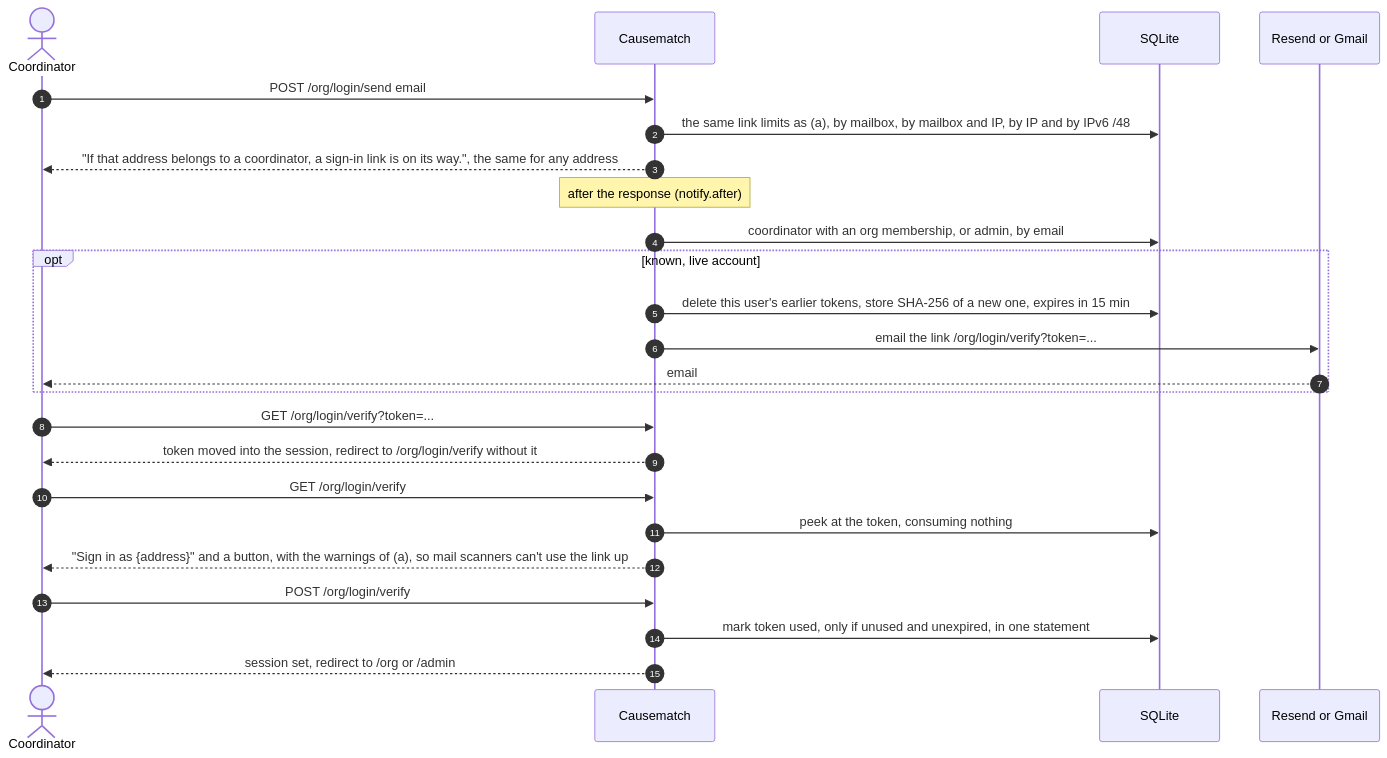
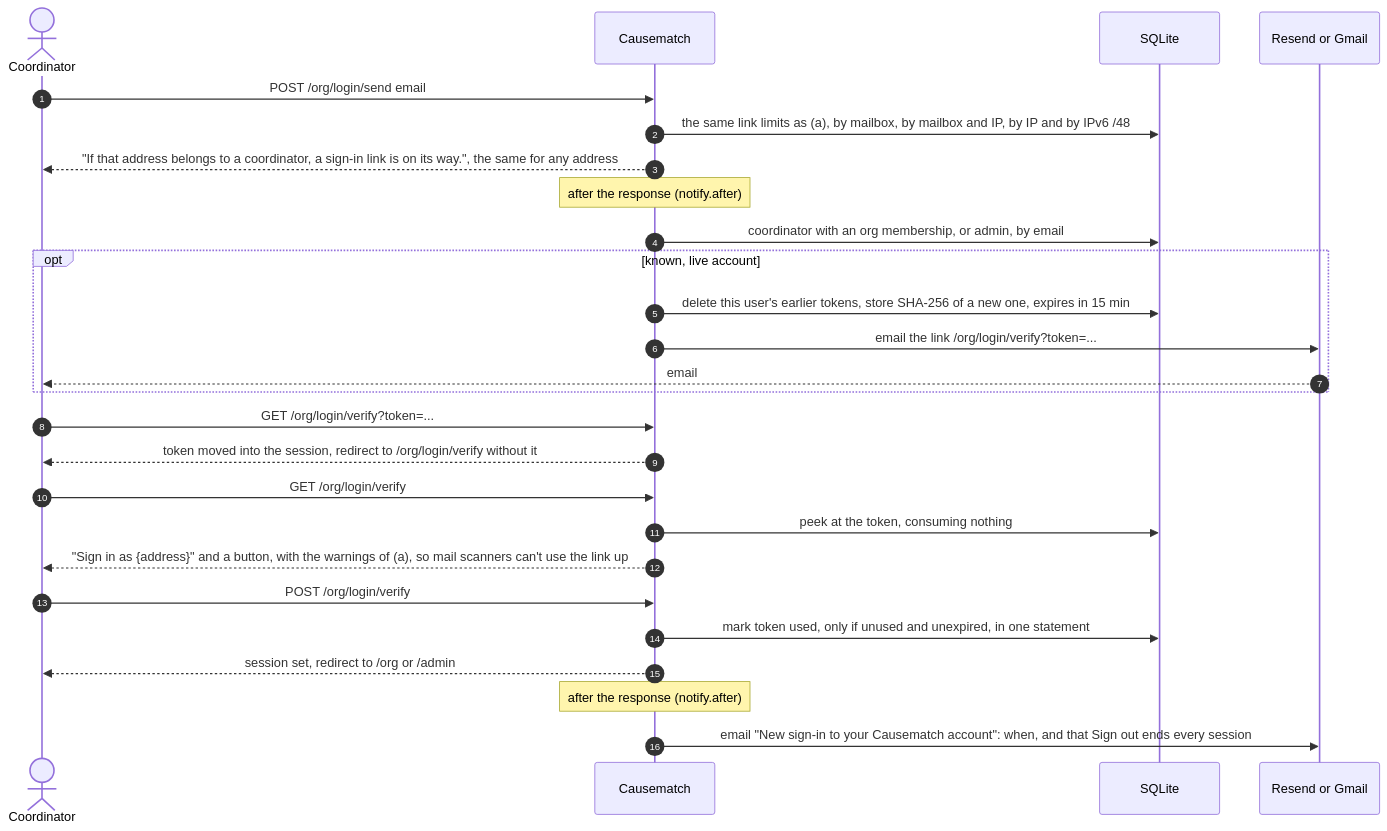
Before and after one commit to slegroux/causematch: diagram 16 of 26 in docs/ARCHITECTURE.md, drawn with Mermaid. The commit also changed other lines of this file and 6 other files, not shown here.

First line of the commit message:
Auth: coordinators and admins are emailed "New sign-in to your Causematch account"

````diff
--- a/docs/ARCHITECTURE.md
+++ b/docs/ARCHITECTURE.md
@@ -1013,27 +1013,29 @@
 ```mermaid
 sequenceDiagram
     autonumber
     actor C as Coordinator
     participant A as Causematch
     participant DB as SQLite
     participant R as Resend or Gmail
 
     C->>A: POST /org/login/send email
     A->>DB: the same link limits as (a), by mailbox, by mailbox and IP, by IP and by IPv6 /48
     A-->>C: "If that address belongs to a coordinator, a sign-in link is on its way.", the same for any address
     Note over A: after the response (notify.after)
     A->>DB: coordinator with an org membership, or admin, by email
     opt known, live account
         A->>DB: delete this user's earlier tokens, store SHA-256 of a new one, expires in 15 min
         A->>R: email the link /org/login/verify?token=...
         R-->>C: email
     end
     C->>A: GET /org/login/verify?token=...
     A-->>C: token moved into the session, redirect to /org/login/verify without it
     C->>A: GET /org/login/verify
     A->>DB: peek at the token, consuming nothing
     A-->>C: "Sign in as {address}" and a button, with the warnings of (a), so mail scanners can't use the link up
     C->>A: POST /org/login/verify
     A->>DB: mark token used, only if unused and unexpired, in one statement
     A-->>C: session set, redirect to /org or /admin
+    Note over A: after the response (notify.after)
+    A->>R: email "New sign-in to your Causematch account": when, and that Sign out ends every session
 ```
````
